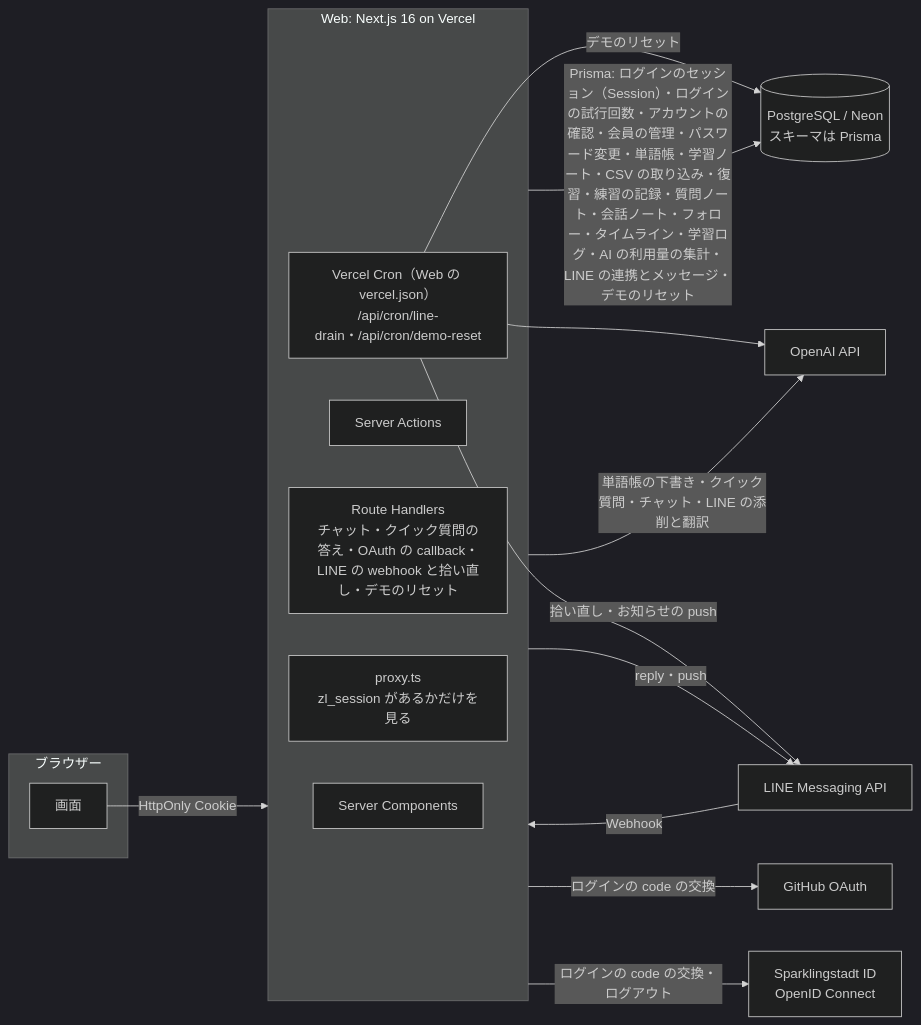
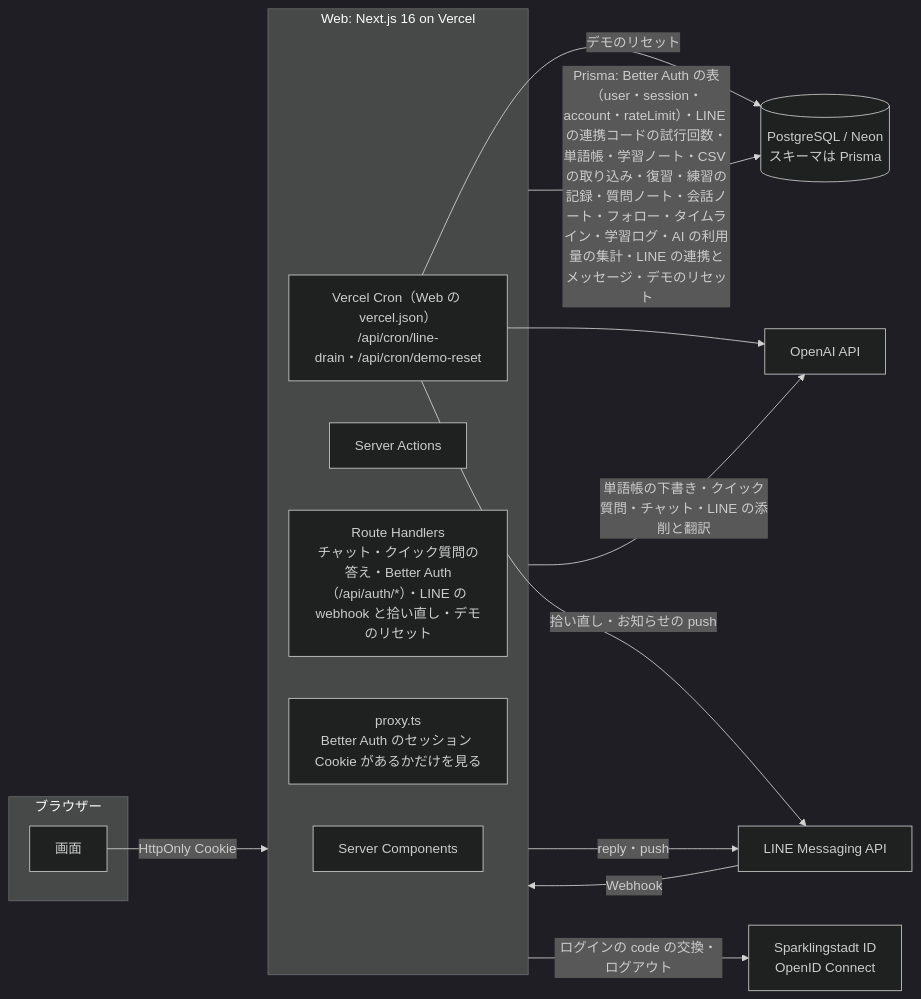
One commit to Sparklingstadt/ffpf-zhuelog changed the first of 2 diagrams in docs/architecture.md. Above: the diagram before and after it, drawn with Mermaid (dark theme). The commit also changed other lines of this file and 228 other files, not shown here.

First line of the commit message:
Better Auth に切り替え、データの持ち主を user にそろえる（v0.34.0） (#204)

````diff
--- a/docs/architecture.md
+++ b/docs/architecture.md
@@ -7,29 +7,27 @@
 ```mermaid
 flowchart LR
   subgraph Browser[ブラウザー]
     UI[画面]
   end
   subgraph Web[Web: Next.js 16 on Vercel]
     RSC[Server Components]
     SA[Server Actions]
-    RH[Route Handlers<br/>チャット・クイック質問の答え・OAuth の callback・LINE の webhook と拾い直し・デモのリセット]
-    PX[proxy.ts<br/>zl_session があるかだけを見る]
+    RH[Route Handlers<br/>チャット・クイック質問の答え・Better Auth（/api/auth/*）・LINE の webhook と拾い直し・デモのリセット]
+    PX[proxy.ts<br/>Better Auth のセッション Cookie があるかだけを見る]
     CRON[Vercel Cron（Web の vercel.json）<br/>/api/cron/line-drain・/api/cron/demo-reset]
   end
   DB[(PostgreSQL / Neon<br/>スキーマは Prisma)]
   OpenAI[OpenAI API]
   LINE[LINE Messaging API]
-  GH[GitHub OAuth]
   SID[Sparklingstadt ID<br/>OpenID Connect]
 
   UI -->|HttpOnly Cookie| Web
-  Web -->|Prisma: ログインのセッション（Session）・ログインの試行回数・アカウントの確認・会員の管理・パスワード変更・単語帳・学習ノート・CSV の取り込み・復習・練習の記録・質問ノート・会話ノート・フォロー・タイムライン・学習ログ・AI の利用量の集計・LINE の連携とメッセージ・デモのリセット| DB
+  Web -->|Prisma: Better Auth の表（user・session・account・rateLimit）・LINE の連携コードの試行回数・単語帳・学習ノート・CSV の取り込み・復習・練習の記録・質問ノート・会話ノート・フォロー・タイムライン・学習ログ・AI の利用量の集計・LINE の連携とメッセージ・デモのリセット| DB
   Web -->|単語帳の下書き・クイック質問・チャット・LINE の添削と翻訳| OpenAI
   LINE -->|Webhook| Web
   Web -->|reply・push| LINE
   CRON -->|拾い直し・お知らせの push| LINE
   CRON --> OpenAI
   CRON -->|デモのリセット| DB
-  Web -->|ログインの code の交換| GH
   Web -->|ログインの code の交換・ログアウト| SID
 ```
````
